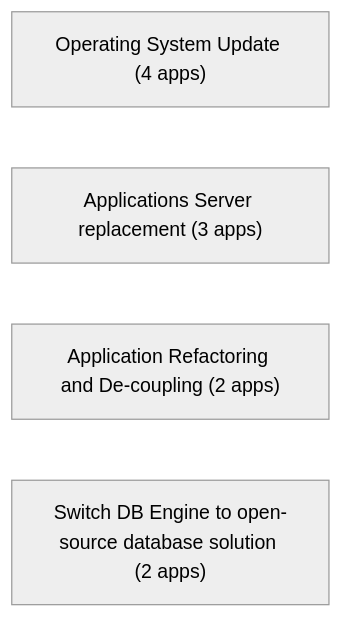
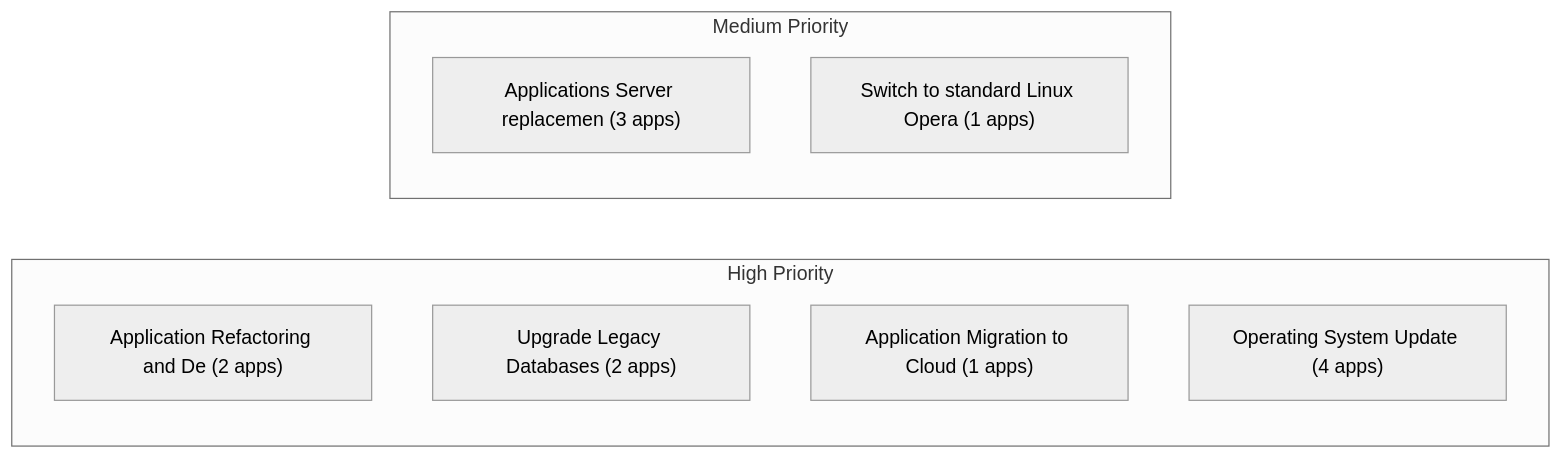
Before and after one commit to adjendrzcCG/puste: the third of 4 diagrams in output/reports/portfolio_report.md, drawn with Mermaid (neutral theme). The commit also changed other lines of this file and 19 other files, not shown here.

````diff
--- a/output/reports/portfolio_report.md
+++ b/output/reports/portfolio_report.md
@@ -29,7 +29,13 @@
 ```mermaid
 graph LR
-    A1["Operating System Update (4 apps)"]
-    A2["Applications Server replacement (3 apps)"]
-    A3["Application Refactoring and De-coupling (2 apps)"]
-    A4["Switch DB Engine to open-source database solution (2 apps)"]
+    subgraph "High Priority"
+        A0["Application Refactoring and De (2 apps)"]
+        A1["Upgrade Legacy Databases (2 apps)"]
+        A2["Application Migration to Cloud (1 apps)"]
+        A3["Operating System Update (4 apps)"]
+    end
+    subgraph "Medium Priority"
+        B0["Applications Server replacemen (3 apps)"]
+        B1["Switch to standard Linux Opera (1 apps)"]
+    end
 ```
````
